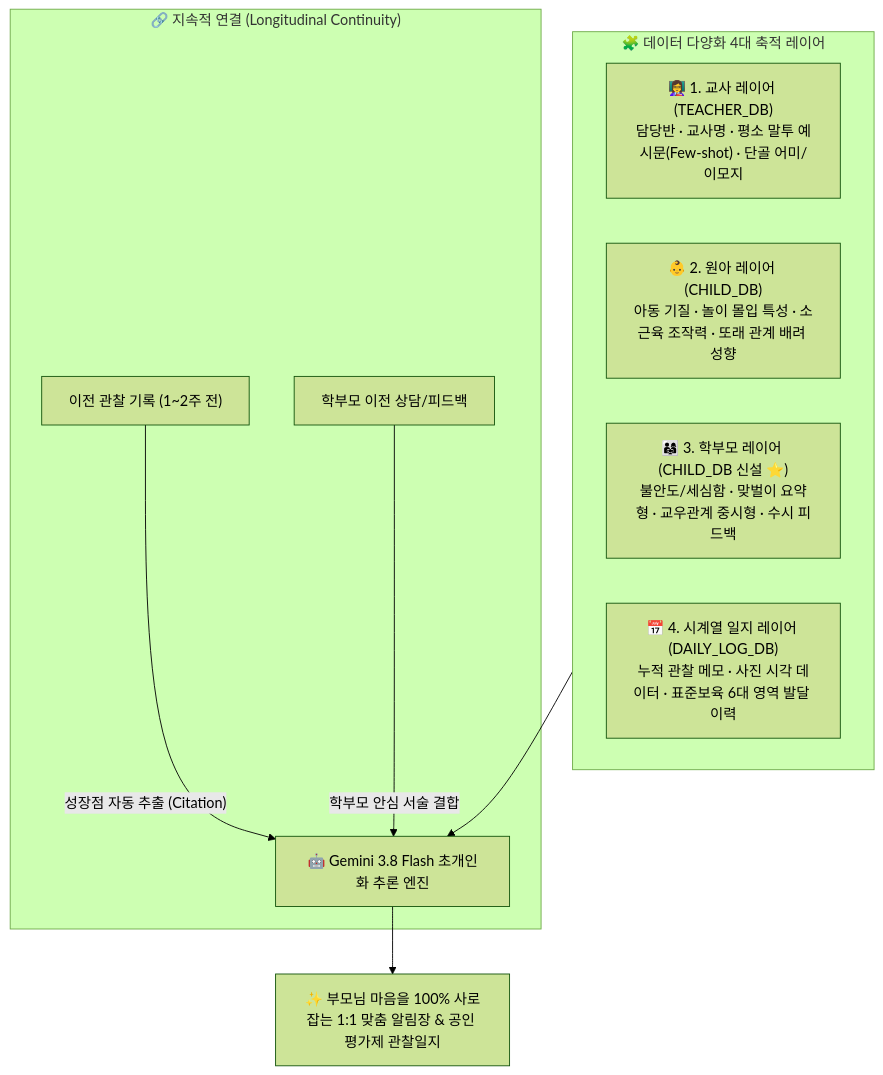
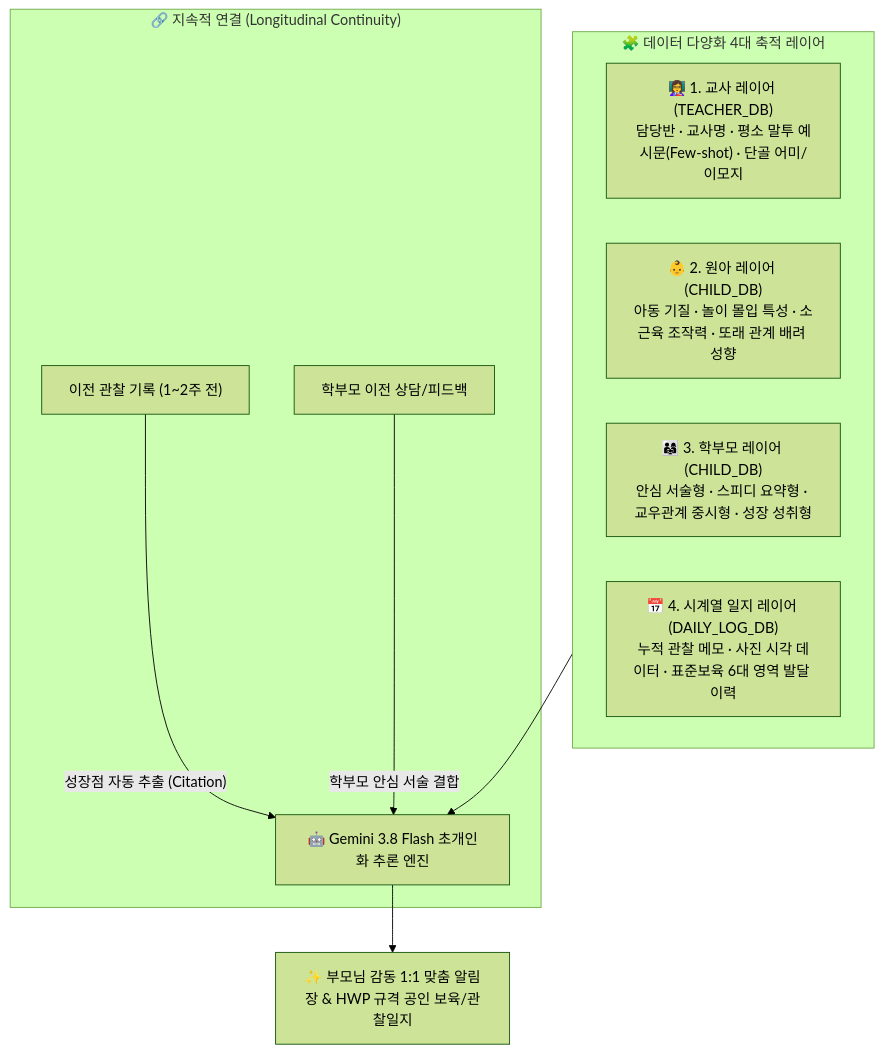
One commit to awslike6-web/daycare-helper changed the second of 3 diagrams in docs/daycare_spec.md. Above: the diagram before and after it, drawn with Mermaid (forest theme). The commit also changed other lines of this file and 1 other file, not shown here.

````diff
--- a/docs/daycare_spec.md
+++ b/docs/daycare_spec.md
@@ -130,18 +136,18 @@
 ```mermaid
 flowchart TD
     subgraph MultiLayer["🧩 데이터 다양화 4대 축적 레이어"]
         L1["👩‍🏫 1. 교사 레이어 (TEACHER_DB)<br/>담당반 · 교사명 · 평소 말투 예시문(Few-shot) · 단골 어미/이모지"]
         L2["👶 2. 원아 레이어 (CHILD_DB)<br/>아동 기질 · 놀이 몰입 특성 · 소근육 조작력 · 또래 관계 배려 성향"]
-        L3["👨‍👩‍👧 3. 학부모 레이어 (CHILD_DB 신설 ⭐)<br/>불안도/세심함 · 맞벌이 요약형 · 교우관계 중시형 · 수시 피드백"]
+        L3["👨‍👩‍👧 3. 학부모 레이어 (CHILD_DB)<br/>안심 서술형 · 스피디 요약형 · 교우관계 중시형 · 성장 성취형"]
         L4["📅 4. 시계열 일지 레이어 (DAILY_LOG_DB)<br/>누적 관찰 메모 · 사진 시각 데이터 · 표준보육 6대 영역 발달 이력"]
     end
 
     MultiLayer --> Engine["🤖 Gemini 3.8 Flash 초개인화 추론 엔진"]
     
     subgraph Continuity["🔗 지속적 연결 (Longitudinal Continuity)"]
         PastLog["이전 관찰 기록 (1~2주 전)"] -->|"성장점 자동 추출 (Citation)"| Engine
         ParentReq["학부모 이전 상담/피드백"] -->|"학부모 안심 서술 결합"| Engine
     end
 
-    Engine --> Output["✨ 부모님 마음을 100% 사로잡는 1:1 맞춤 알림장 & 공인 평가제 관찰일지"]
+    Engine --> Output["✨ 부모님 감동 1:1 맞춤 알림장 & HWP 규격 공인 보육/관찰일지"]
 ```
````
